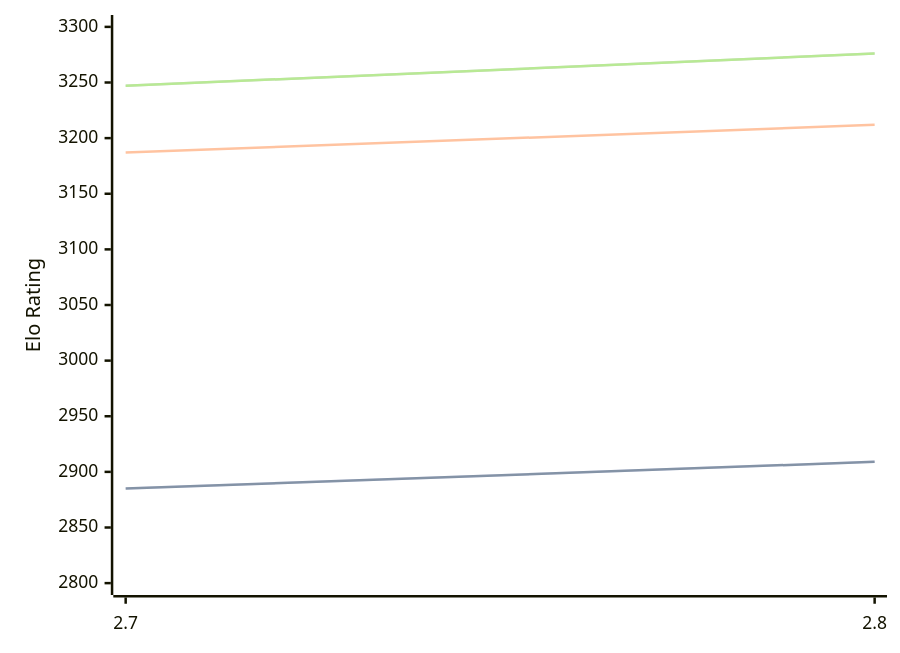
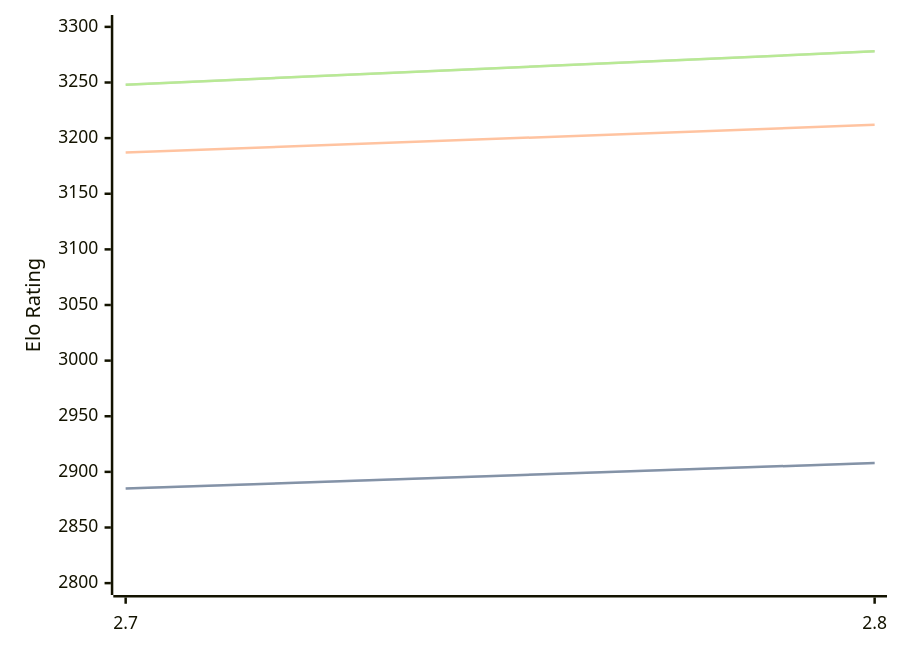
The third of 3 diagrams in engines/Arcanum.md (computer-chess-index/cci), drawn with Mermaid before and after one commit. The commit also changed other lines of this file, not shown here.

Commit message:
Update CCI Ratings (ELO VLTC) - 2026-07-18

````diff
--- a/engines/Arcanum.md
+++ b/engines/Arcanum.md
@@ -77,11 +77,11 @@
 ```mermaid
 %%{init: {"theme":"base","themeVariables":{"seriesColors:['#a3a3a3','#222221','#faa371']}}}%%
 xychart-beta
   x-axis ["2.7", "2.8"]
   y-axis "Elo Rating" 2800 --> 3300
-  line "STC (8.0+0.08s)" [2885, 2909]
-  line "STC (8.0+0.08s)" [2885, 2909]
+  line "STC (8.0+0.08s)" [2885, 2908]
+  line "STC (8.0+0.08s)" [2885, 2908]
   line "LTC (60.0+0.60s)" [3187, 3212]
-  line "VLTC (2m24s+1.12s)" [3247, 3276]
-  line "VLTC (2m24s+1.12s)" [3247, 3276]
+  line "VLTC (2m24s+1.12s)" [3248, 3278]
+  line "VLTC (2m24s+1.12s)" [3248, 3278]
 ```
````
